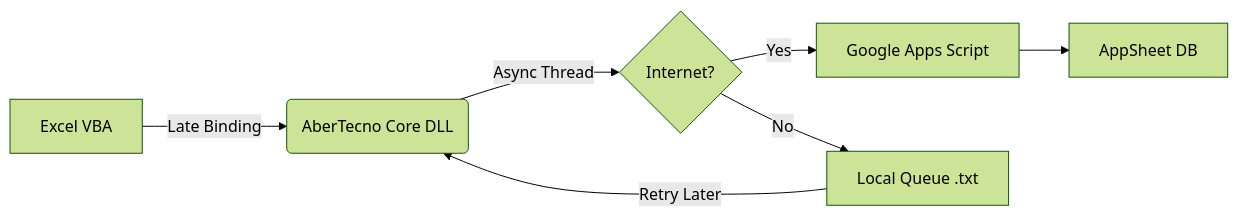
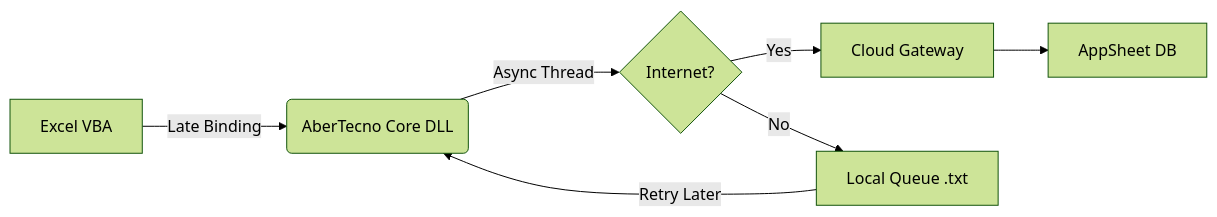
One commit to Abertecno-It/AberTecno-Dist changed the diagram in README.md. Above: the diagram before and after it, drawn with Mermaid (forest theme). The commit also changed other lines of this file, not shown here.

````diff
--- a/README.md
+++ b/README.md
@@ -72,9 +72,9 @@
 ```mermaid
 graph LR
     A[Excel VBA] -- Late Binding --> B(AberTecno Core DLL)
     B -- Async Thread --> C{Internet?}
-    C -- Yes --> D[Google Apps Script]
+    C -- Yes --> D[Cloud Gateway]
     C -- No --> E[Local Queue .txt]
     D --> F[AppSheet DB]
     E -- Retry Later --> B
 ```
````
